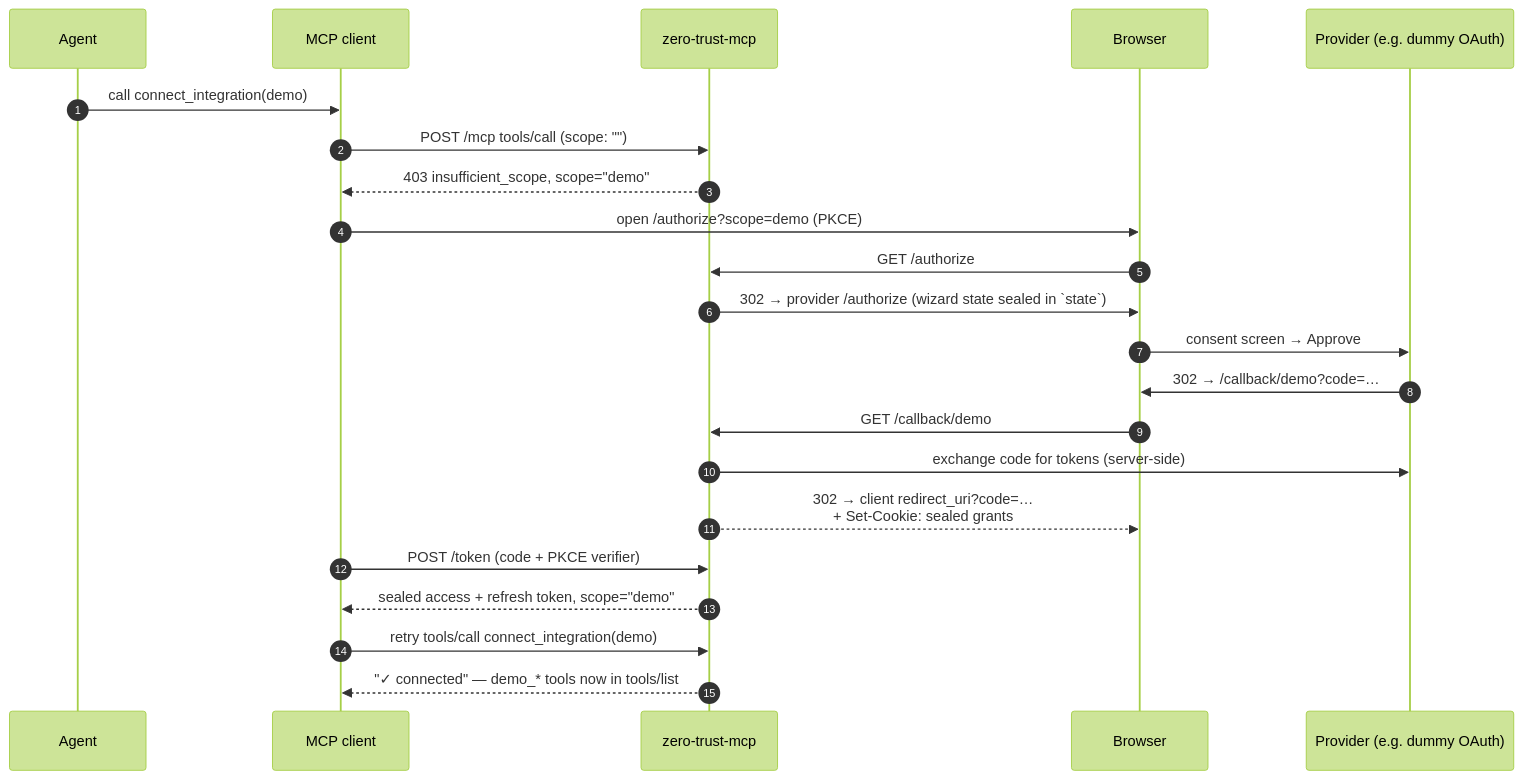
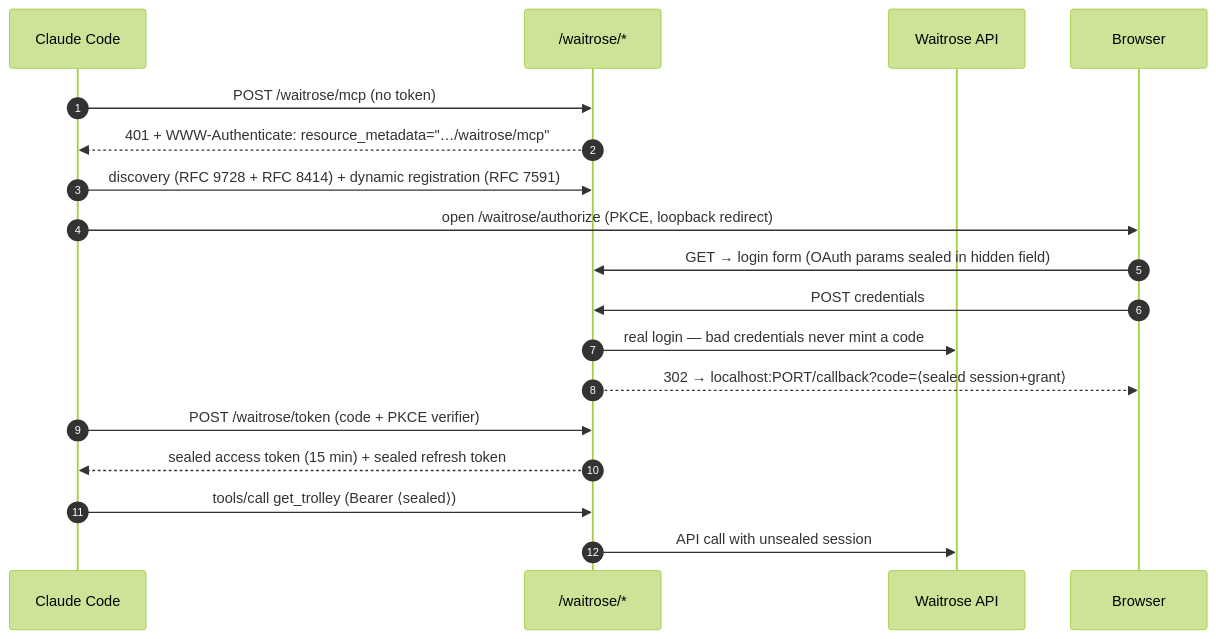
Before and after one commit to iterate/zero-trust-mcp: the second of 3 diagrams in README.md, drawn with Mermaid (forest theme). The commit also changed other lines of this file and 8 other files, not shown here.

First line of the commit message:
Plan A: one path per integration, drop scope multiplexing

````diff
--- a/README.md
+++ b/README.md
@@ -79,25 +75,21 @@
 ```mermaid
 sequenceDiagram
     autonumber
-    participant A as Agent
-    participant C as MCP client
-    participant S as zero-trust-mcp
+    participant C as Claude Code
+    participant S as /waitrose/*
+    participant U as Waitrose API
     participant B as Browser
-    participant P as Provider (e.g. dummy OAuth)
 
-    A->>C: call connect_integration(demo)
-    C->>S: POST /mcp tools/call (scope: "")
-    S-->>C: 403 insufficient_scope, scope="demo"
-    C->>B: open /authorize?scope=demo (PKCE)
-    B->>S: GET /authorize
-    S->>B: 302 → provider /authorize (wizard state sealed in `state`)
-    B->>P: consent screen → Approve
-    P->>B: 302 → /callback/demo?code=…
-    B->>S: GET /callback/demo
-    S->>P: exchange code for tokens (server-side)
-    S-->>B: 302 → client redirect_uri?code=…<br/>+ Set-Cookie: sealed grants
-    C->>S: POST /token (code + PKCE verifier)
-    S-->>C: sealed access + refresh token, scope="demo"
-    C->>S: retry tools/call connect_integration(demo)
-    S-->>C: "✓ connected" — demo_* tools now in tools/list
+    C->>S: POST /waitrose/mcp (no token)
+    S-->>C: 401 + WWW-Authenticate: resource_metadata="…/waitrose/mcp"
+    C->>S: discovery (RFC 9728 + RFC 8414) + dynamic registration (RFC 7591)
+    C->>B: open /waitrose/authorize (PKCE, loopback redirect)
+    B->>S: GET → login form (OAuth params sealed in hidden field)
+    B->>S: POST credentials
+    S->>U: real login — bad credentials never mint a code
+    S-->>B: 302 → localhost:PORT/callback?code=⟨sealed session+grant⟩
+    C->>S: POST /waitrose/token (code + PKCE verifier)
+    S-->>C: sealed access token (15 min) + sealed refresh token
+    C->>S: tools/call get_trolley (Bearer ⟨sealed⟩)
+    S->>U: API call with unsealed session
 ```
````
